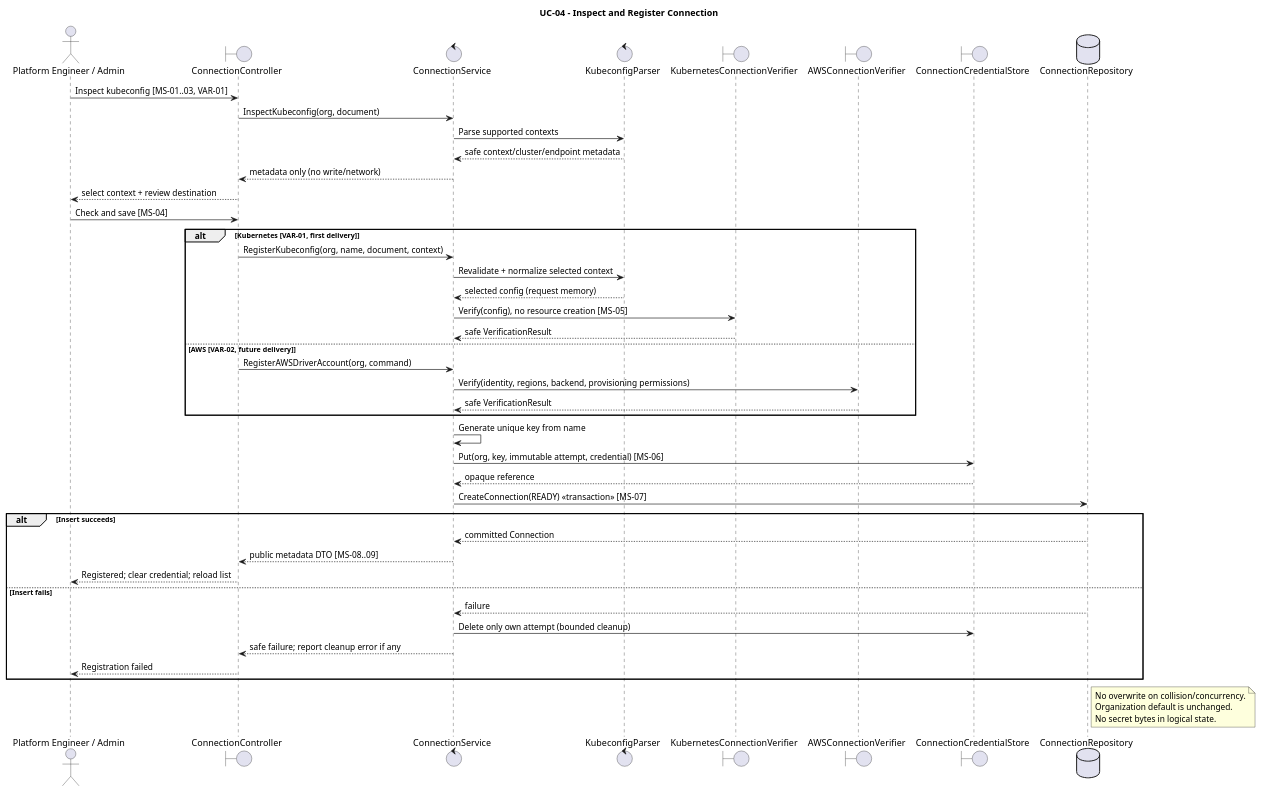
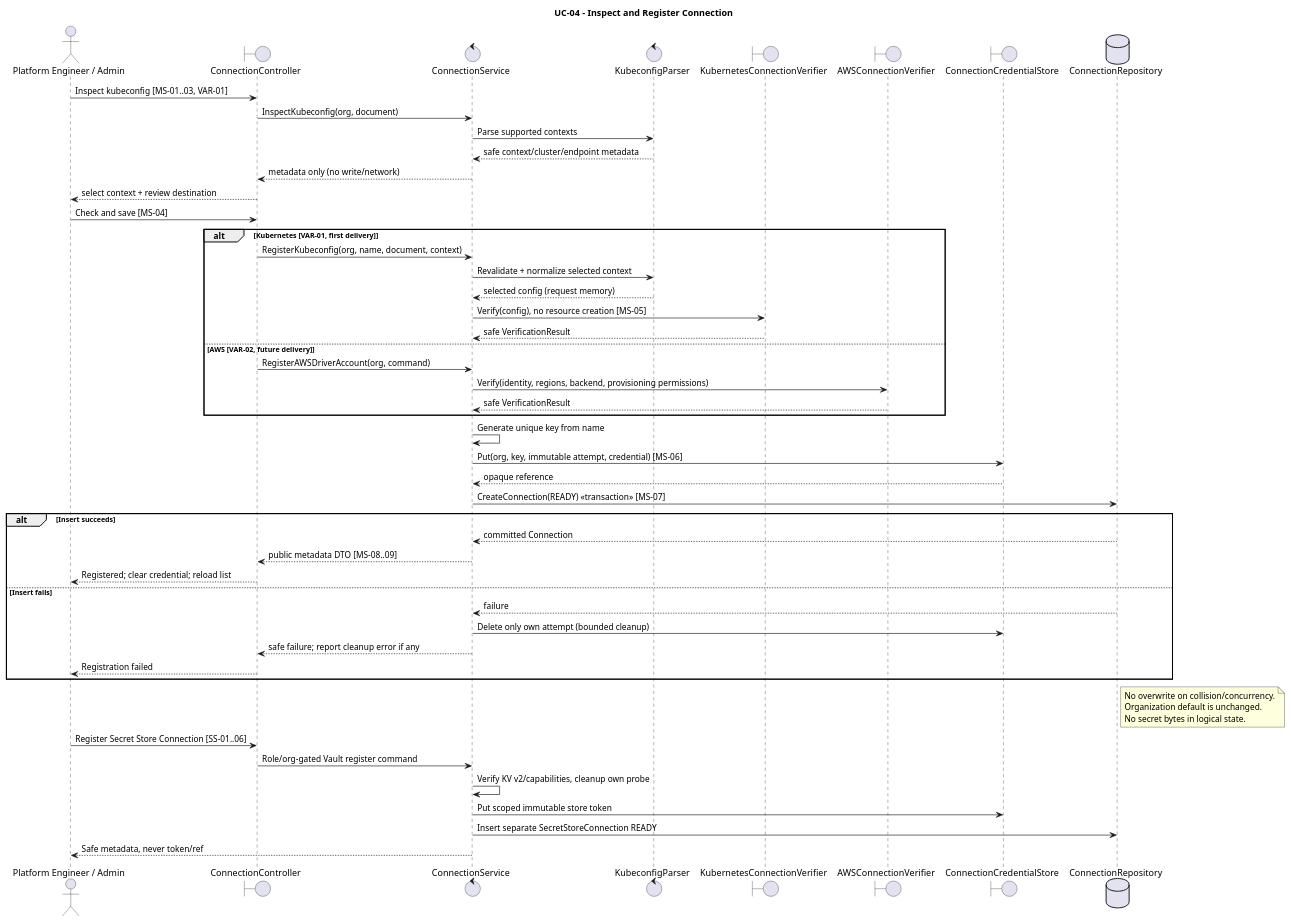
Before and after one commit to pr3s3nt/poc: the diagram in orchestrator_docs/usecase/UC-04/sequence.puml, drawn with PlantUML. The commit also changed 171 other files, not shown here.

```diff
--- a/orchestrator_docs/usecase/UC-04/sequence.puml
+++ b/orchestrator_docs/usecase/UC-04/sequence.puml
@@ -1,48 +1,54 @@
 @startuml
 title UC-04 - Inspect and Register Connection
 actor "Platform Engineer / Admin" as PE
 boundary ConnectionController as API
 control ConnectionService as Service
 control KubeconfigParser as Parser
 boundary KubernetesConnectionVerifier as K8s
 boundary AWSConnectionVerifier as AWS
 boundary ConnectionCredentialStore as Secrets
 database ConnectionRepository as Repo
 PE -> API: Inspect kubeconfig [MS-01..03, VAR-01]
 API -> Service: InspectKubeconfig(org, document)
 Service -> Parser: Parse supported contexts
 Parser --> Service: safe context/cluster/endpoint metadata
 Service --> API: metadata only (no write/network)
 API --> PE: select context + review destination
 PE -> API: Check and save [MS-04]
 alt Kubernetes [VAR-01, first delivery]
   API -> Service: RegisterKubeconfig(org, name, document, context)
   Service -> Parser: Revalidate + normalize selected context
   Parser --> Service: selected config (request memory)
   Service -> K8s: Verify(config), no resource creation [MS-05]
   K8s --> Service: safe VerificationResult
 else AWS [VAR-02, future delivery]
   API -> Service: RegisterAWSDriverAccount(org, command)
   Service -> AWS: Verify(identity, regions, backend, provisioning permissions)
   AWS --> Service: safe VerificationResult
 end
 Service -> Service: Generate unique key from name
 Service -> Secrets: Put(org, key, immutable attempt, credential) [MS-06]
 Secrets --> Service: opaque reference
 Service -> Repo: CreateConnection(READY) <<transaction>> [MS-07]
 alt Insert succeeds
   Repo --> Service: committed Connection
   Service --> API: public metadata DTO [MS-08..09]
   API --> PE: Registered; clear credential; reload list
 else Insert fails
   Repo --> Service: failure
   Service -> Secrets: Delete only own attempt (bounded cleanup)
   Service --> API: safe failure; report cleanup error if any
   API --> PE: Registration failed
 end
 note right of Repo
 No overwrite on collision/concurrency.
 Organization default is unchanged.
 No secret bytes in logical state.
 end note
+PE -> API: Register Secret Store Connection [SS-01..06]
+API -> Service: Role/org-gated Vault register command
+Service -> Service: Verify KV v2/capabilities, cleanup own probe
+Service -> Secrets: Put scoped immutable store token
+Service -> Repo: Insert separate SecretStoreConnection READY
+Service --> PE: Safe metadata, never token/ref
 @enduml
```
